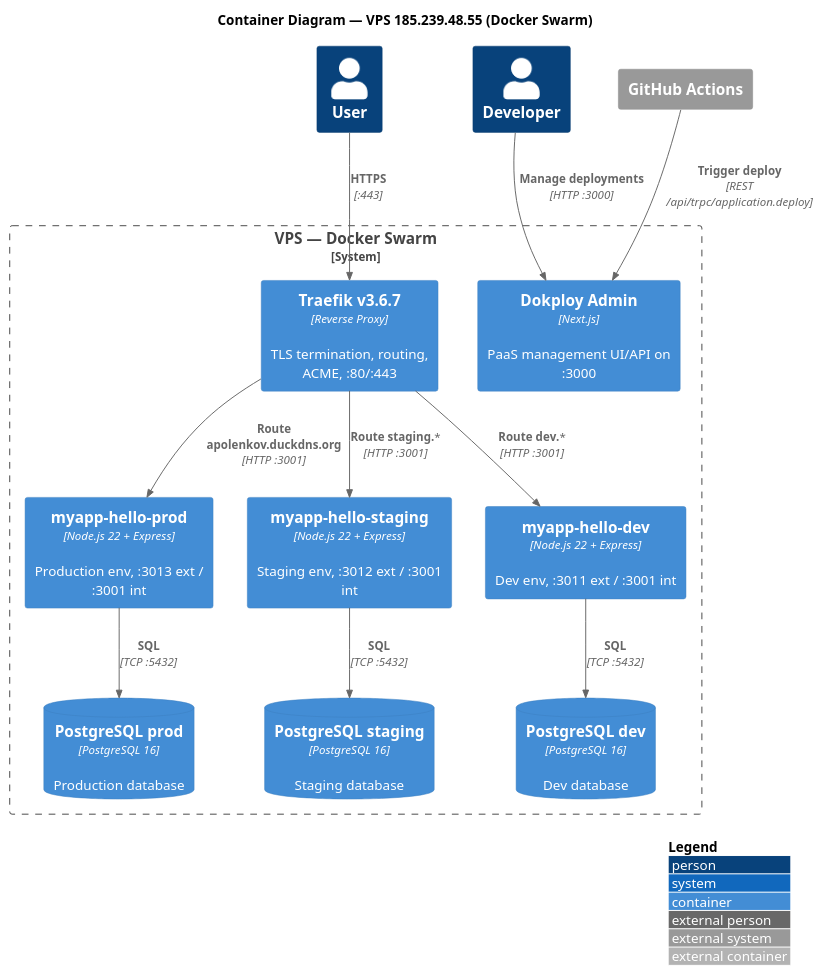
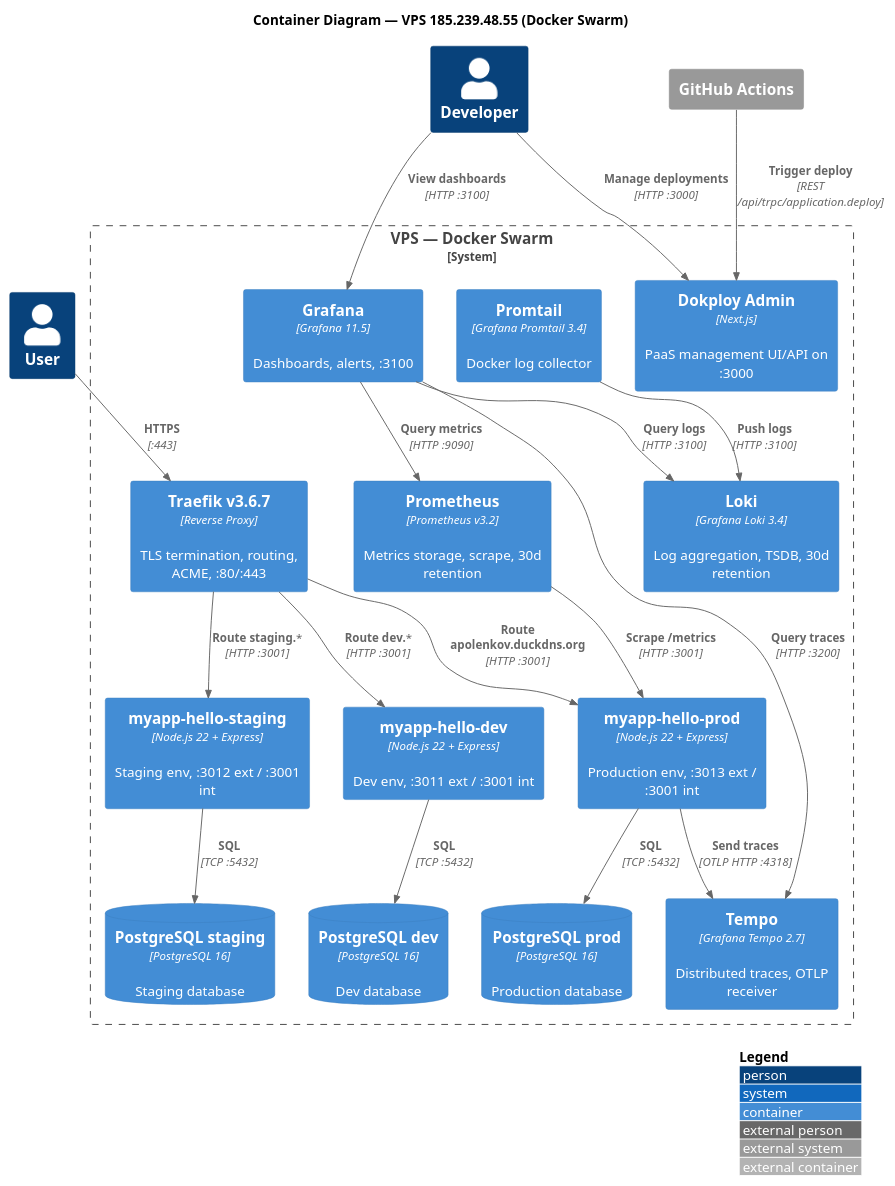
Before and after one commit to apolenkov/myapp-hello: the second of 4 diagrams in docs/architecture.md, drawn with PlantUML. The commit also changed other lines of this file and 4 other files, not shown here.

````diff
--- a/docs/architecture.md
+++ b/docs/architecture.md
@@ -40,29 +40,41 @@
 ```plantuml
 @startuml
 !include https://raw.githubusercontent.com/plantuml-stdlib/C4-PlantUML/master/C4_Container.puml
 title Container Diagram — VPS 185.239.48.55 (Docker Swarm)
 Person(user, "User")
 Person(dev, "Developer")
 System_Boundary(vps, "VPS — Docker Swarm") {
     Container(traefik, "Traefik v3.6.7", "Reverse Proxy", "TLS termination, routing, ACME, :80/:443")
     Container(dokploy_admin, "Dokploy Admin", "Next.js", "PaaS management UI/API on :3000")
     Container(app_prod, "myapp-hello-prod", "Node.js 22 + Express", "Production env, :3013 ext / :3001 int")
     Container(app_staging, "myapp-hello-staging", "Node.js 22 + Express", "Staging env, :3012 ext / :3001 int")
     Container(app_dev, "myapp-hello-dev", "Node.js 22 + Express", "Dev env, :3011 ext / :3001 int")
     ContainerDb(pg_prod, "PostgreSQL prod", "PostgreSQL 16", "Production database")
     ContainerDb(pg_staging, "PostgreSQL staging", "PostgreSQL 16", "Staging database")
     ContainerDb(pg_dev, "PostgreSQL dev", "PostgreSQL 16", "Dev database")
+    Container(grafana, "Grafana", "Grafana 11.5", "Dashboards, alerts, :3100")
+    Container(prometheus, "Prometheus", "Prometheus v3.2", "Metrics storage, scrape, 30d retention")
+    Container(loki, "Loki", "Grafana Loki 3.4", "Log aggregation, TSDB, 30d retention")
+    Container(tempo, "Tempo", "Grafana Tempo 2.7", "Distributed traces, OTLP receiver")
+    Container(promtail, "Promtail", "Grafana Promtail 3.4", "Docker log collector")
 }
 System_Ext(github, "GitHub Actions")
 Rel(user, traefik, "HTTPS", ":443")
 Rel(dev, dokploy_admin, "Manage deployments", "HTTP :3000")
+Rel(dev, grafana, "View dashboards", "HTTP :3100")
 Rel(github, dokploy_admin, "Trigger deploy", "REST /api/trpc/application.deploy")
 Rel(traefik, app_prod, "Route apolenkov.duckdns.org", "HTTP :3001")
 Rel(traefik, app_staging, "Route staging.*", "HTTP :3001")
 Rel(traefik, app_dev, "Route dev.*", "HTTP :3001")
 Rel(app_prod, pg_prod, "SQL", "TCP :5432")
 Rel(app_staging, pg_staging, "SQL", "TCP :5432")
 Rel(app_dev, pg_dev, "SQL", "TCP :5432")
+Rel(prometheus, app_prod, "Scrape /metrics", "HTTP :3001")
+Rel(promtail, loki, "Push logs", "HTTP :3100")
+Rel(app_prod, tempo, "Send traces", "OTLP HTTP :4318")
+Rel(grafana, prometheus, "Query metrics", "HTTP :9090")
+Rel(grafana, loki, "Query logs", "HTTP :3100")
+Rel(grafana, tempo, "Query traces", "HTTP :3200")
 LAYOUT_WITH_LEGEND()
 @enduml
 ```
````
